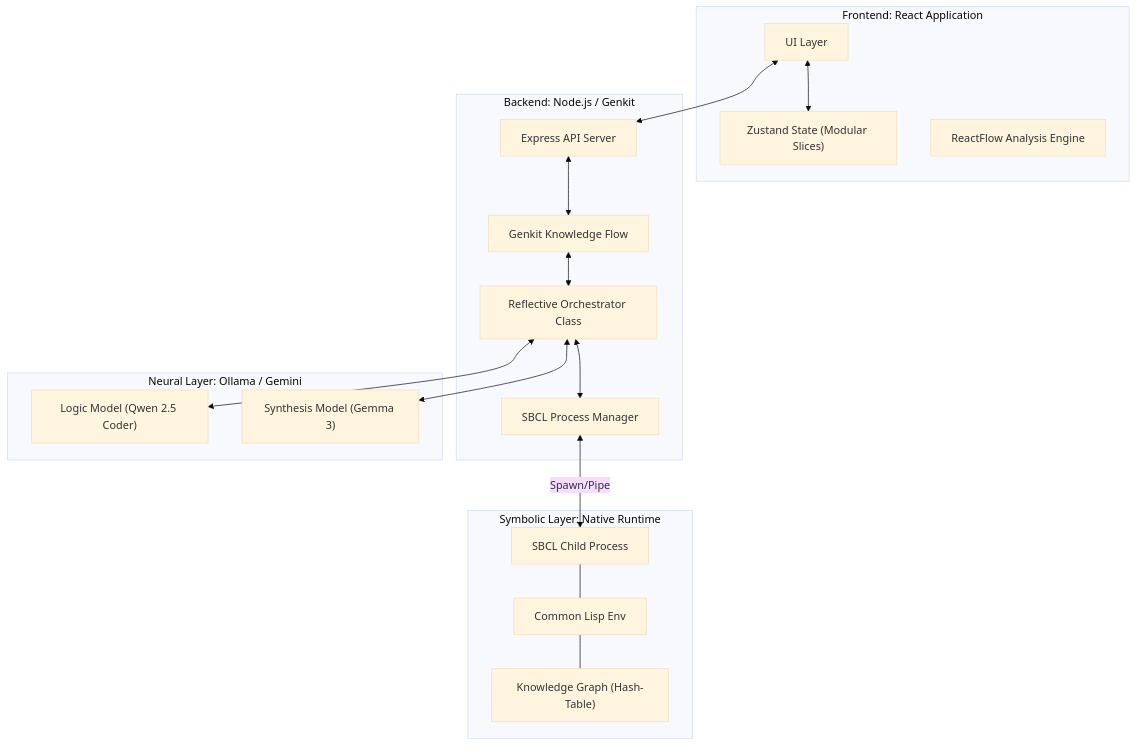
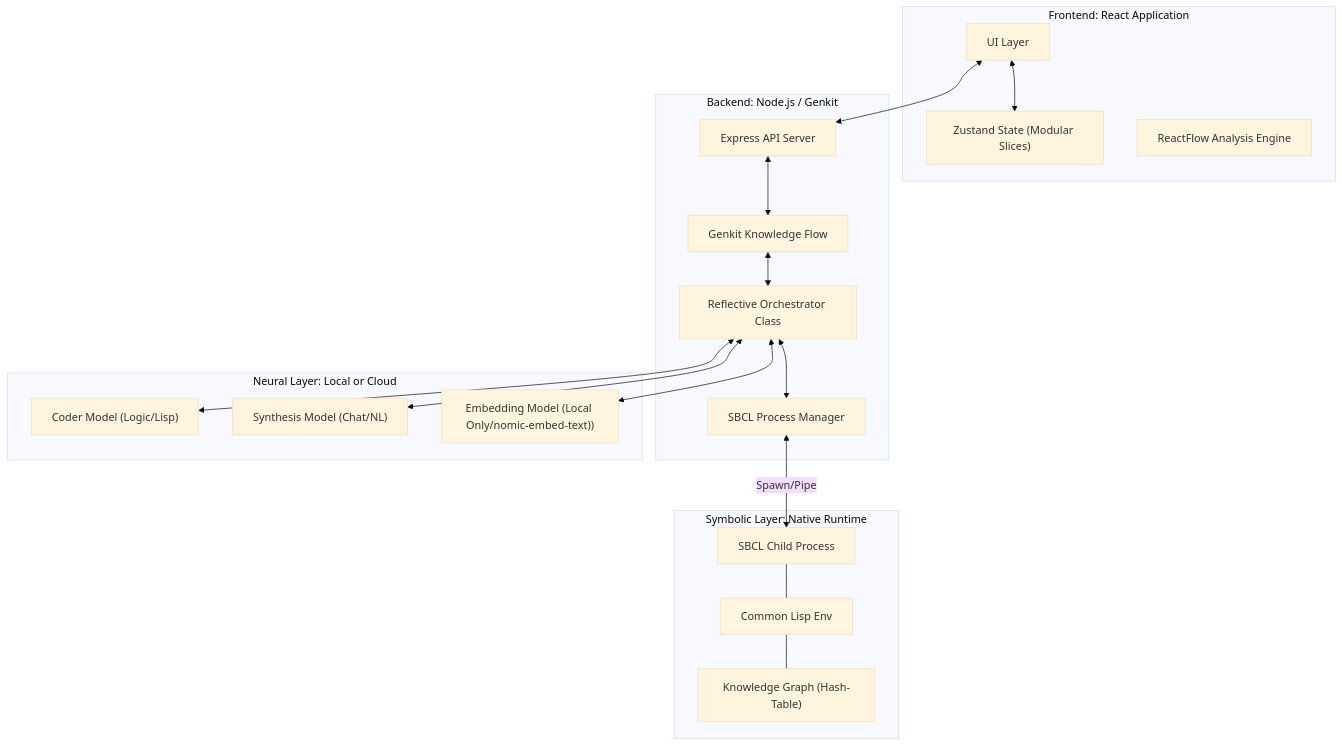
The third of 7 diagrams in README.md (spock74/dialectical-symbolic-ai), drawn with Mermaid (base theme) before and after one commit. The commit also changed other lines of this file, not shown here.

Commit message:
docs: Normalize model nomenclature (Coder/Synthesis/Embedding) in README

````diff
--- a/README.md
+++ b/README.md
@@ -87,38 +89,40 @@
 ```mermaid
 graph TB
     subgraph "Frontend: React Application"
         UI["UI Layer"]
         ZST["Zustand State (Modular Slices)"]
         RF["ReactFlow Analysis Engine"]
     end
 
     subgraph "Backend: Node.js / Genkit"
         API["Express API Server"]
         RO["Reflective Orchestrator Class"]
         FLOW["Genkit Knowledge Flow"]
         SP["SBCL Process Manager"]
     end
 
     subgraph "Symbolic Layer: Native Runtime"
         PROC["SBCL Child Process"]
         LISP["Common Lisp Env"]
         KG["Knowledge Graph (Hash-Table)"]
     end
 
-    subgraph "Neural Layer: Ollama / Gemini"
-        LOGIC["Logic Model (Qwen 2.5 Coder)"]
-        CHAT["Synthesis Model (Gemma 3)"]
+    subgraph "Neural Layer: Local or Cloud"
+        CODER["Coder Model (Logic/Lisp)"]
+        SYNTH["Synthesis Model (Chat/NL)"]
+        EMBED["Embedding Model (Local Only/nomic-embed-text))"]
     end
 
     %% Interactions
     UI <--> ZST
     UI <--> API
     API <--> FLOW
     FLOW <--> RO
     RO <--> SP
     SP <--> |"Spawn/Pipe"| PROC
     PROC --- LISP
     LISP --- KG
-    RO <--> LOGIC
-    RO <--> CHAT
+    RO <--> CODER
+    RO <--> SYNTH
+    RO <--> EMBED
 ```
````
